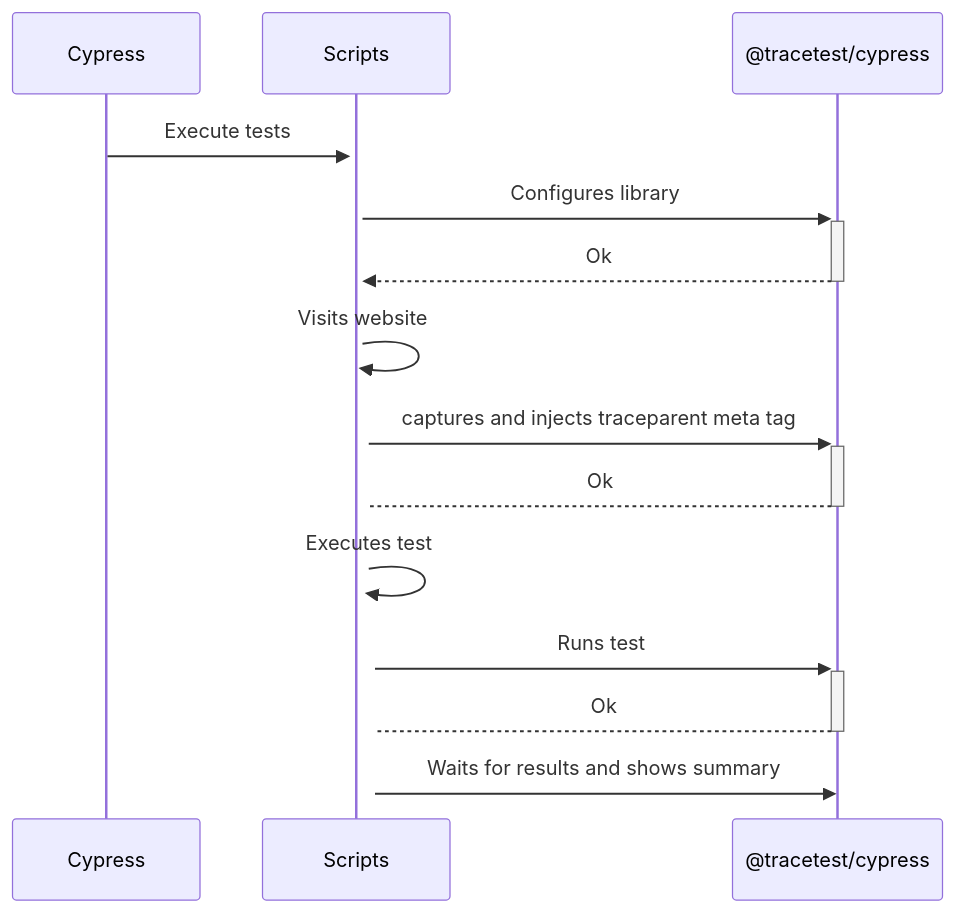
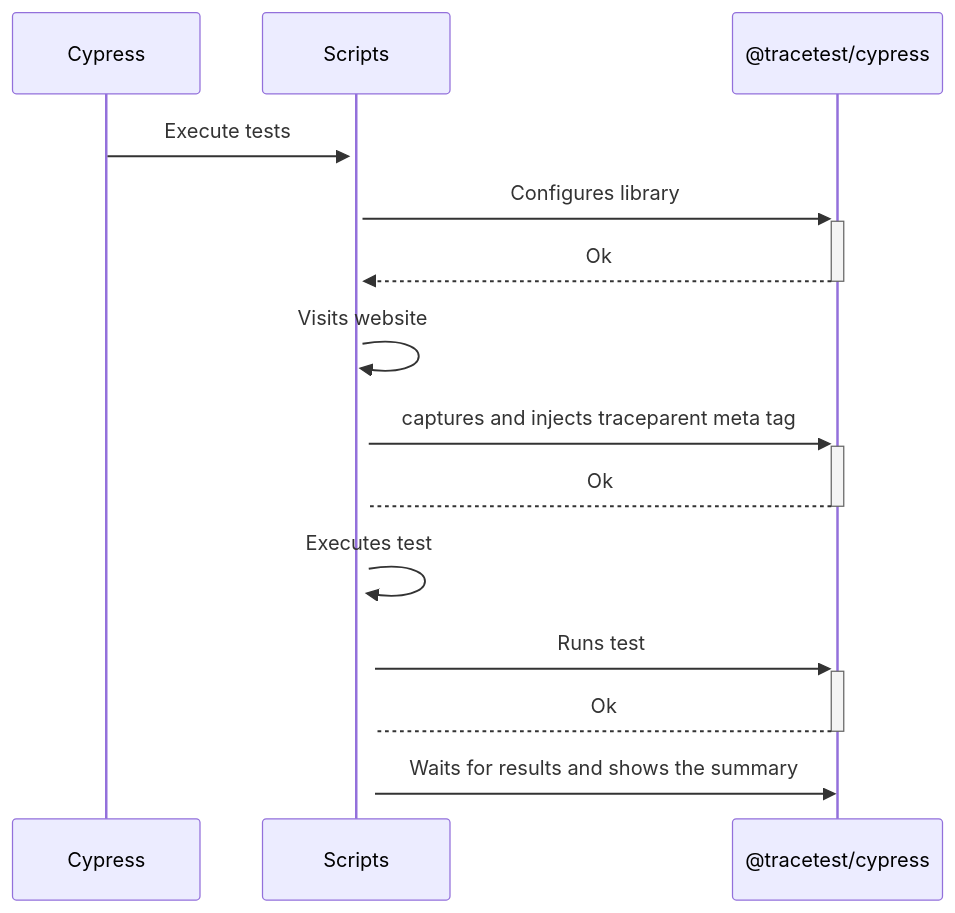
The diagram in docs/docs/tools-and-integrations/cypress.mdx (kubeshop/tracetest), drawn with Mermaid before and after one commit. The commit also changed other lines of this file and 4 other files, not shown here.

````diff
--- a/docs/docs/tools-and-integrations/cypress.mdx
+++ b/docs/docs/tools-and-integrations/cypress.mdx
@@ -27,13 +27,13 @@
 ```mermaid
 sequenceDiagram
   Cypress->>+Scripts: Execute tests
   Scripts->>+@tracetest/cypress: Configures library
   @tracetest/cypress-->>-Scripts: Ok
   Scripts->>+Scripts: Visits website
   Scripts->>+@tracetest/cypress: captures and injects traceparent meta tag
   @tracetest/cypress-->-Scripts: Ok
   Scripts->>+Scripts: Executes test
   Scripts->>+@tracetest/cypress: Runs test
   @tracetest/cypress-->-Scripts: Ok
-  Scripts->>@tracetest/cypress: Waits for results and shows summary
+  Scripts->>@tracetest/cypress: Waits for results and shows the summary
 ```
````
